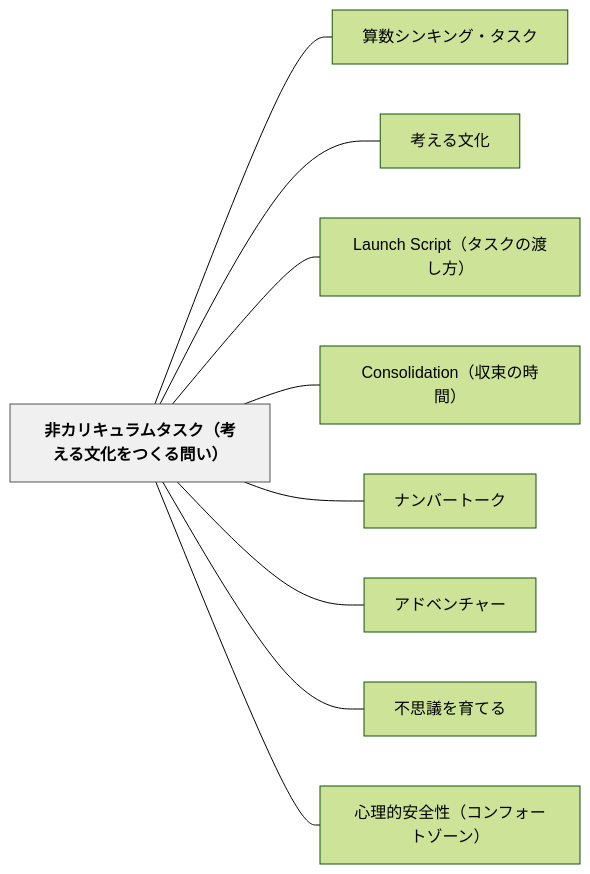
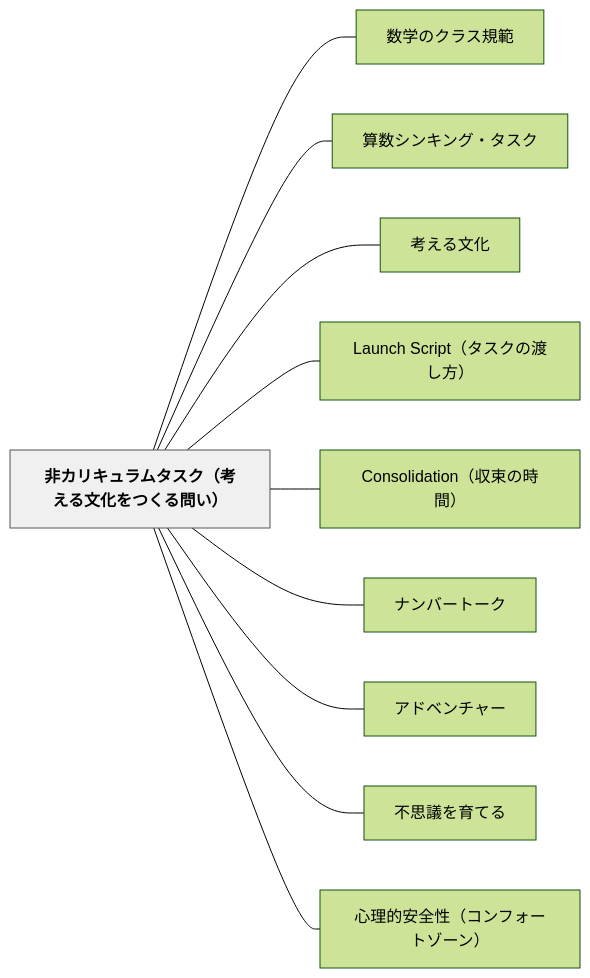
One commit to unknownthings-ed-patterns/unknownthings-ed-patterns changed the diagram in content/パタン/非カリキュラムタスク（考える文化をつくる問い）.md. Above: the diagram before and after it, drawn with Mermaid (forest theme). The commit also changed other lines of this file and 473 other files, not shown here.

````diff
--- a/content/パタン/非カリキュラムタスク（考える文化をつくる問い）.md
+++ b/content/パタン/非カリキュラムタスク（考える文化をつくる問い）.md
@@ -192,24 +193,26 @@
 ```mermaid
 flowchart LR
     ne99d9ee382ab["非カリキュラムタスク（考える文化をつくる問い）"]
+    ne695b0e5ada6["数学のクラス規範"]
     ne7ae97e695b0["算数シンキング・タスク"]
     ne88083e38188["考える文化"]
     n4c61756e6368["Launch Script（タスクの渡し方）"]
     n436f6e736f6c["Consolidation（収束の時間）"]
     ne3838ae383b3["ナンバートーク"]
     ne382a2e38389["アドベンチャー"]
     ne4b88de6809d["不思議を育てる"]
     ne5bf83e79086["心理的安全性（コンフォートゾーン）"]
 
+    ne99d9ee382ab --- ne695b0e5ada6
     ne99d9ee382ab --- ne7ae97e695b0
     ne99d9ee382ab --- ne88083e38188
     ne99d9ee382ab --- n4c61756e6368
     ne99d9ee382ab --- n436f6e736f6c
     ne99d9ee382ab --- ne3838ae383b3
     ne99d9ee382ab --- ne382a2e38389
     ne99d9ee382ab --- ne4b88de6809d
     ne99d9ee382ab --- ne5bf83e79086
 
     classDef hub fill:#f0f0f0,stroke:#555,color:#000,font-weight:bold
     class ne99d9ee382ab hub
 ```
````
